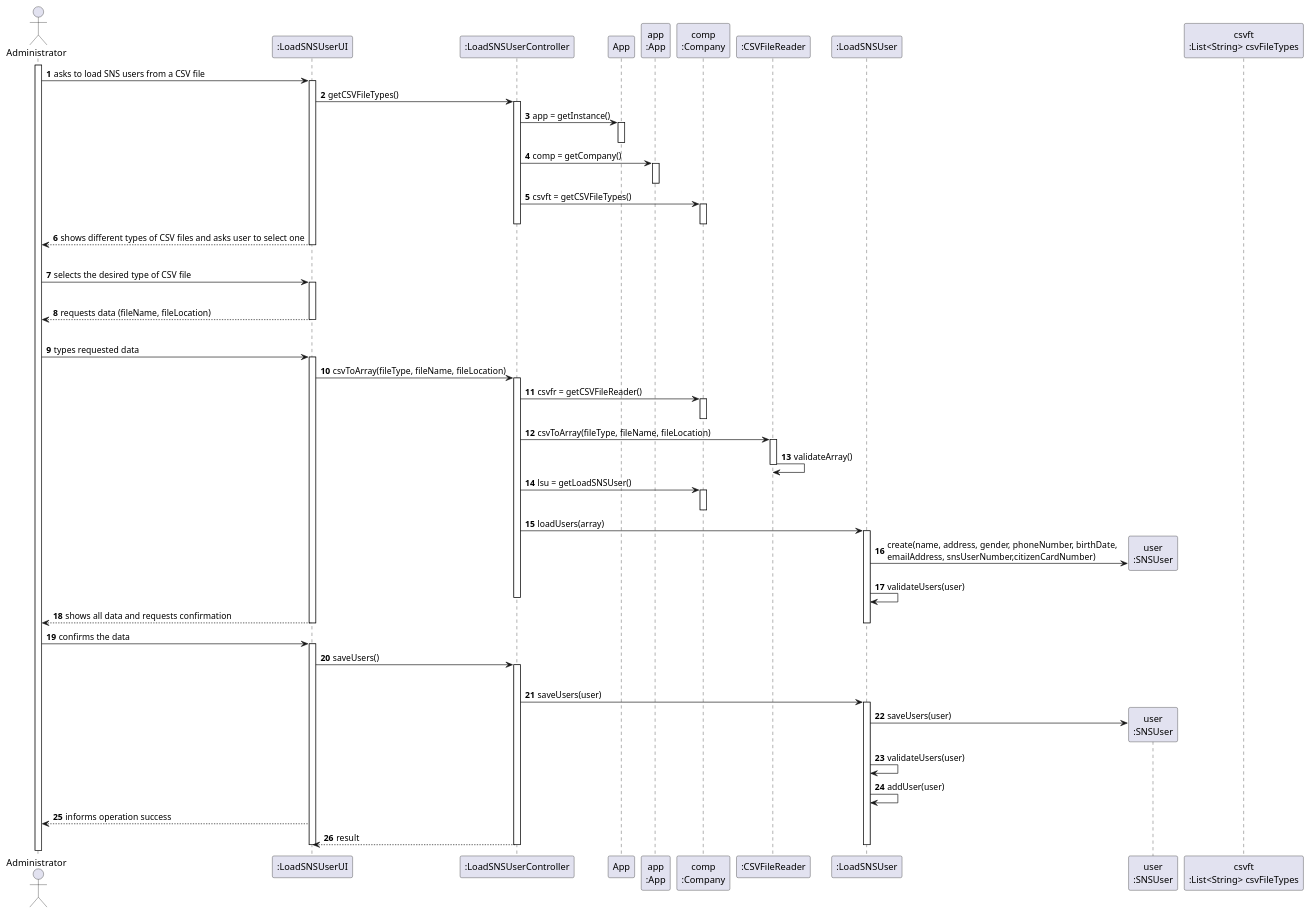
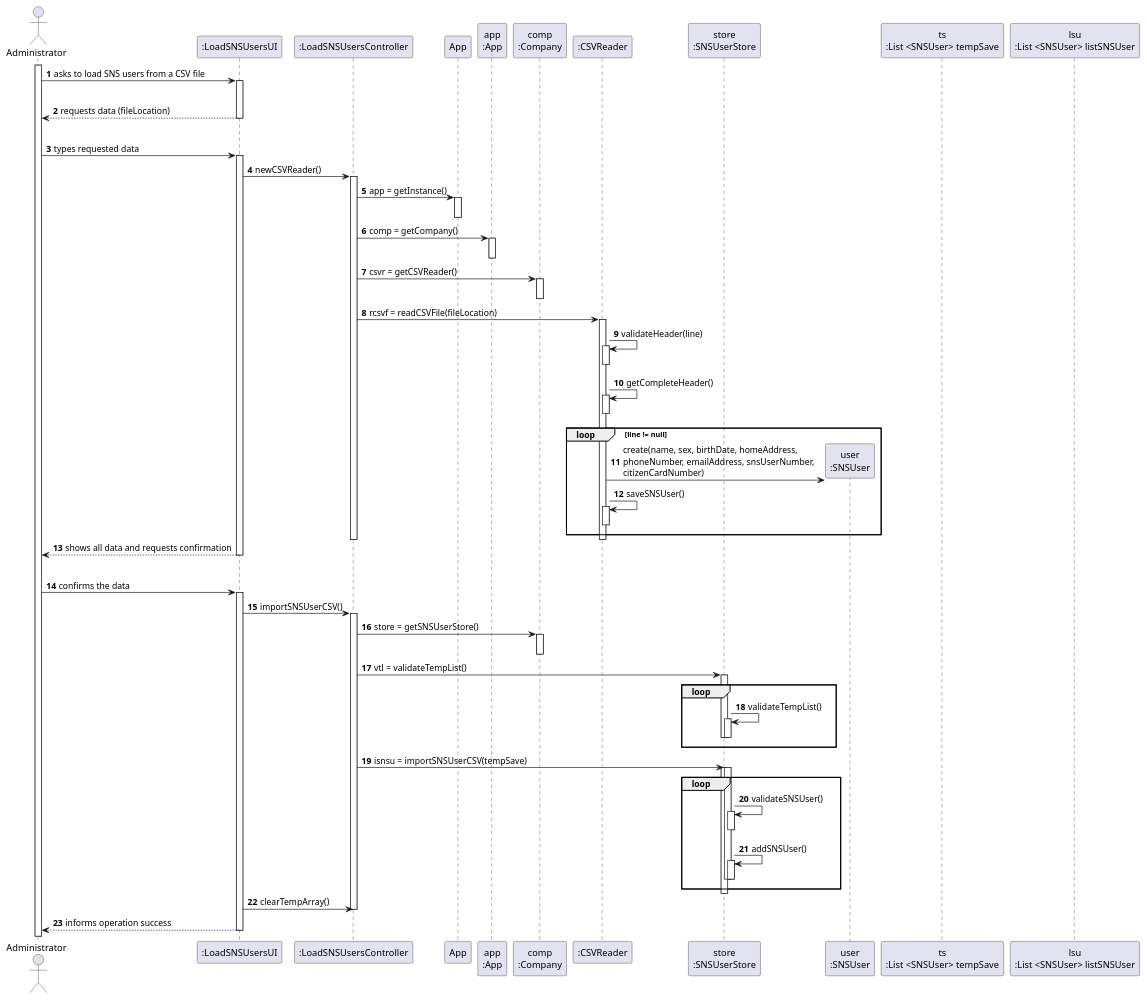
One commit to diogonapoles/isep-lapr2 changed the diagram in docs/SprintC/US14/US14_SD.puml. Above: the diagram before and after it, drawn with PlantUML. The commit also changed 2 other files, not shown here.

```diff
--- a/docs/SprintC/US14/US14_SD.puml
+++ b/docs/SprintC/US14/US14_SD.puml
@@ -1,86 +1,93 @@
 @startuml
 autonumber
 'hide footbox
 actor "Administrator" as ADM
 
-participant ":LoadSNSUserUI" as UI
-participant ":LoadSNSUserController" as CTRL
+participant ":LoadSNSUsersUI" as UI
+participant ":LoadSNSUsersController" as CTRL
 participant "App" as _APP
 participant "app\n:App" as APP
 participant "comp\n:Company" as COMP
-participant ":CSVFileReader" as CSV
-participant ":LoadSNSUser" as LSU
+participant ":CSVReader" as CSV
+participant "store\n:SNSUserStore" as STORE
 participant "user\n:SNSUser" as SU
-participant "csvft\n:List<String> csvFileTypes" as CSVFT
+participant "ts\n:List <SNSUser> tempSave"
+participant "lsu\n:List <SNSUser> listSNSUser"
 
 activate ADM
 ADM -> UI : asks to load SNS users from a CSV file
 activate UI
-UI -> CTRL : getCSVFileTypes()
+|||
+UI --> ADM : requests data (fileLocation)
+deactivate UI
+|||
+
+ADM -> UI : types requested data
+activate UI
+UI -> CTRL : newCSVReader()
 activate CTRL
 CTRL -> _APP : app = getInstance()
 activate _APP
 deactivate _APP
 CTRL -> APP : comp = getCompany()
 activate APP
 deactivate APP
-CTRL -> COMP : csvft = getCSVFileTypes()
+CTRL -> COMP : csvr = getCSVReader()
 activate COMP
 deactivate COMP
+CTRL -> CSV : rcsvf = readCSVFile(fileLocation)
+activate CSV
+CSV -> CSV : validateHeader(line)
+activate CSV
+deactivate CSV
+CSV -> CSV : getCompleteHeader()
+activate CSV
+deactivate CSV
+loop line != null
+    CSV -> SU **: create(name, sex, birthDate, homeAddress,\nphoneNumber, emailAddress, snsUserNumber,\ncitizenCardNumber)
+    CSV -> CSV : saveSNSUser()
+    activate CSV
+    deactivate CSV
+
+end
+
+deactivate CSV
 deactivate CTRL
-UI --> ADM : shows different types of CSV files and asks user to select one
+UI --> ADM : shows all data and requests confirmation
 deactivate UI
 |||
 
-
-ADM -> UI : selects the desired type of CSV file
+ADM -> UI : confirms the data
 activate UI
-|||
-UI --> ADM : requests data (fileName, fileLocation)
-deactivate UI
-|||
-
-ADM -> UI : types requested data
-activate UI
-UI -> CTRL : csvToArray(fileType, fileName, fileLocation)
+UI -> CTRL: importSNSUserCSV()
 activate CTRL
-CTRL -> COMP : csvfr = getCSVFileReader()
+CTRL -> COMP: store = getSNSUserStore()
 activate COMP
 deactivate COMP
-CTRL -> CSV : csvToArray(fileType, fileName, fileLocation)
-activate CSV
-CSV -> CSV : validateArray()
-deactivate CSV
-
-CTRL -> COMP : lsu = getLoadSNSUser()
-activate COMP
-deactivate COMP
-CTRL -> LSU : loadUsers(array)
-activate LSU
-
-
-LSU -> SU ** : create(name, address, gender, phoneNumber, birthDate,\nemailAddress, snsUserNumber,citizenCardNumber)
-LSU -> LSU : validateUsers(user)
+CTRL -> STORE: vtl = validateTempList()
+loop
+    activate STORE
+    STORE -> STORE: validateTempList()
+    activate STORE
+    deactivate STORE
+    deactivate STORE
+end
+CTRL -> STORE: isnsu = importSNSUserCSV(tempSave)
+activate STORE
+loop
+    activate STORE
+    STORE -> STORE: validateSNSUser()
+    activate STORE
+    deactivate STORE
+    STORE -> STORE: addSNSUser()
+    activate STORE
+    deactivate STORE
+    deactivate STORE
+end
+activate STORE
+deactivate STORE
+UI -> CTRL : clearTempArray()
 deactivate CTRL
-UI --> ADM: shows all data and requests confirmation
-deactivate LSU
-
-deactivate CTRL
-deactivate UI
-
-ADM -> UI : confirms the data
-activate UI
-UI -> CTRL : saveUsers()
-activate CTRL
-|||
-CTRL -> LSU : saveUsers(user)
-activate LSU
-LSU -> SU ** : saveUsers(user)
-LSU -> LSU : validateUsers(user)
-LSU -> LSU : addUser(user)
 UI --> ADM : informs operation success
-CTRL --> UI : result
-deactivate LSU
-deactivate CTRL
 deactivate UI
 @enduml
```
